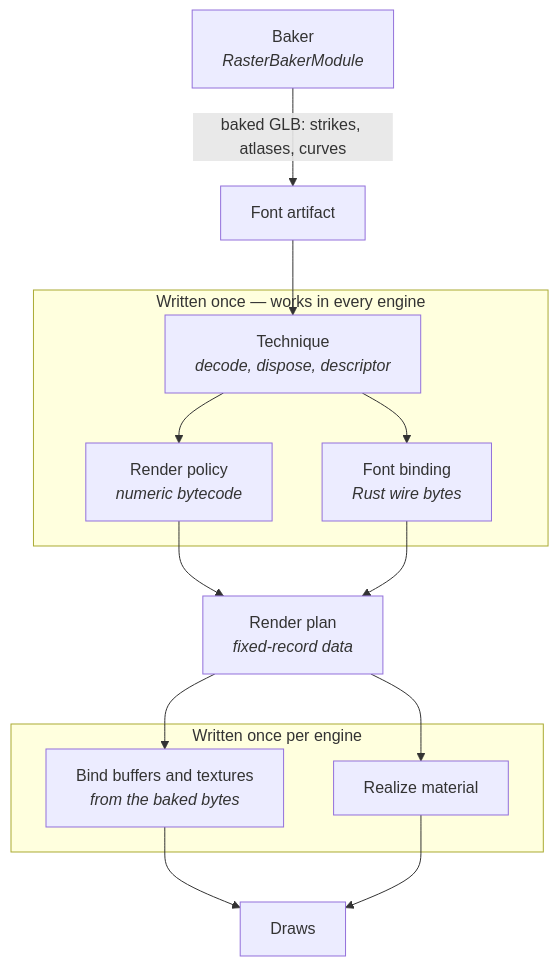
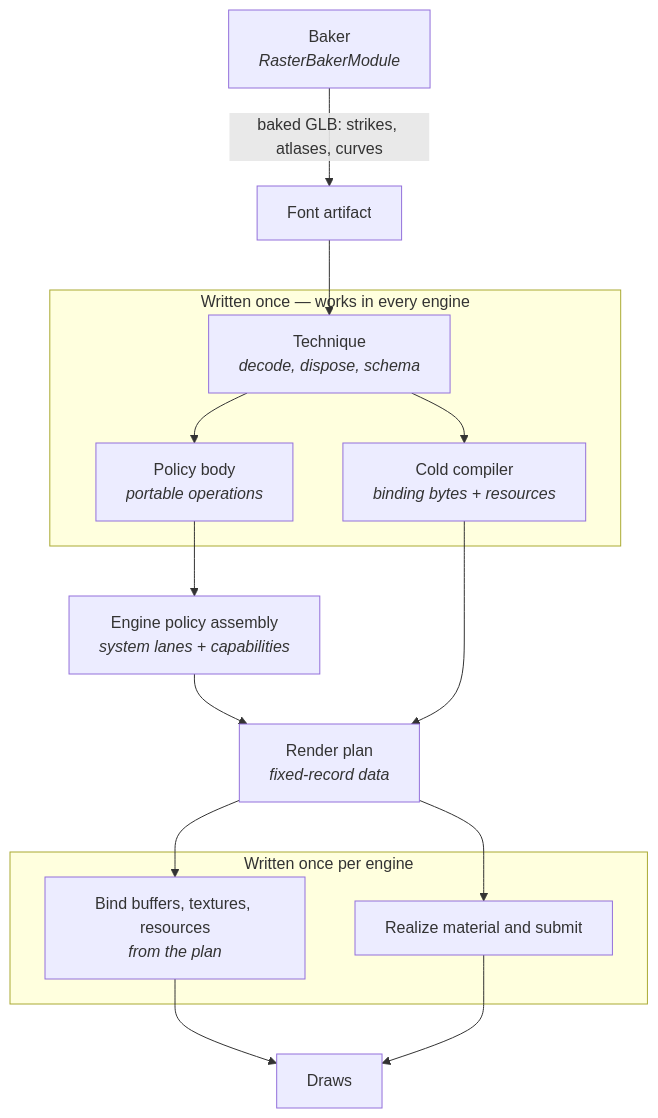
The second of 2 diagrams in README.md (pmndrs/glyph), drawn with Mermaid before and after one commit. The commit also changed other lines of this file and 16 other files, not shown here.

````diff
--- a/README.md
+++ b/README.md
@@ -336,18 +336,19 @@
 ```mermaid
 flowchart TD
   baker["Baker<br/><i>RasterBakerModule</i>"] -->|"baked GLB: strikes, atlases, curves"| artifact["Font artifact"]
   artifact --> technique
   subgraph portable["Written once — works in every engine"]
-    technique["Technique<br/><i>decode, dispose, descriptor</i>"]
-    policy["Render policy<br/><i>numeric bytecode</i>"]
-    binding["Font binding<br/><i>Rust wire bytes</i>"]
+    technique["Technique<br/><i>decode, dispose, schema</i>"]
+    policy["Policy body<br/><i>portable operations</i>"]
+    binding["Cold compiler<br/><i>binding bytes + resources</i>"]
   end
-  technique --> policy --> plan["Render plan<br/><i>fixed-record data</i>"]
+  technique --> policy --> assemble["Engine policy assembly<br/><i>system lanes + capabilities</i>"]
+  assemble --> plan["Render plan<br/><i>fixed-record data</i>"]
   technique --> binding --> plan
   subgraph engine["Written once per engine"]
-    gpu["Bind buffers and textures<br/><i>from the baked bytes</i>"]
-    material["Realize material"]
+    gpu["Bind buffers, textures, resources<br/><i>from the plan</i>"]
+    material["Realize material and submit"]
   end
   plan --> gpu --> draw["Draws"]
   plan --> material --> draw
 ```
````
